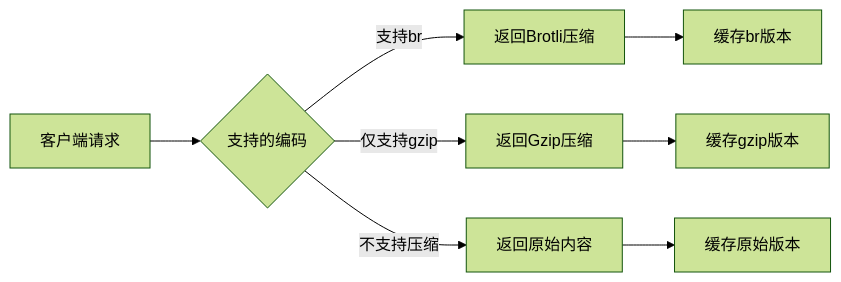
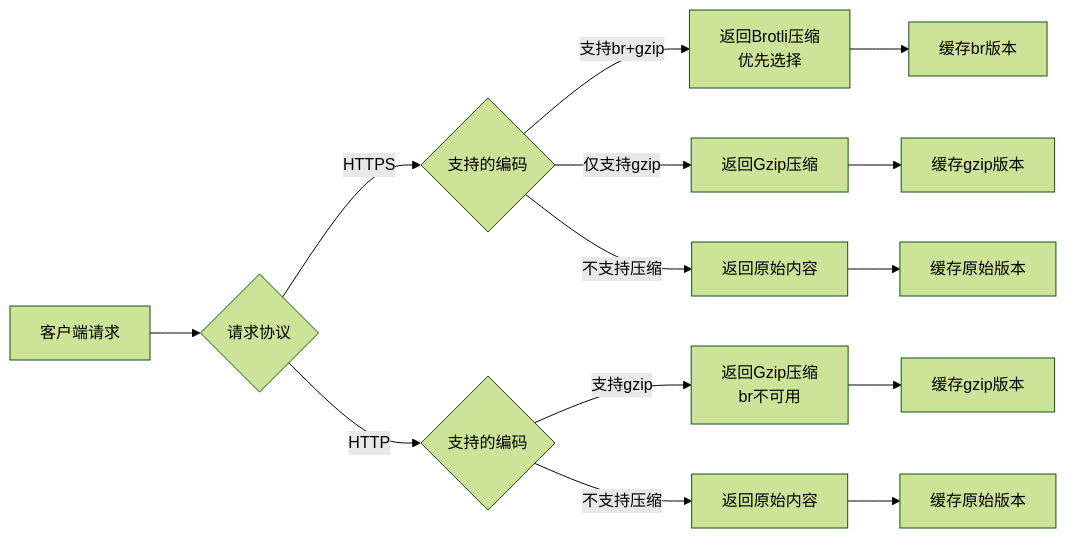
Before and after one commit to ddpie/aws-references: the seventh of 17 diagrams in CloudFront预热方案详解.md, drawn with Mermaid (forest theme). The commit also changed other lines of this file, not shown here.

````diff
--- a/CloudFront预热方案详解.md
+++ b/CloudFront预热方案详解.md
@@ -287,11 +311,19 @@
 ```mermaid
 graph LR
-    Request[客户端请求] --> Check{支持的编码}
-    Check -->|支持br| Brotli[返回Brotli压缩]
-    Check -->|仅支持gzip| Gzip[返回Gzip压缩]
-    Check -->|不支持压缩| Raw[返回原始内容]
+    Request[客户端请求] --> Protocol{请求协议}
+    Protocol -->|HTTPS| HTTPSCheck{支持的编码}
+    Protocol -->|HTTP| HTTPCheck{支持的编码}
+    
+    HTTPSCheck -->|支持br+gzip| Brotli[返回Brotli压缩<br/>优先选择]
+    HTTPSCheck -->|仅支持gzip| Gzip1[返回Gzip压缩]
+    HTTPSCheck -->|不支持压缩| Raw1[返回原始内容]
+    
+    HTTPCheck -->|支持gzip| Gzip2[返回Gzip压缩<br/>br不可用]
+    HTTPCheck -->|不支持压缩| Raw2[返回原始内容]
     
     Brotli --> Cache1[缓存br版本]
-    Gzip --> Cache2[缓存gzip版本]
-    Raw --> Cache3[缓存原始版本]
+    Gzip1 --> Cache2[缓存gzip版本]
+    Gzip2 --> Cache3[缓存gzip版本]
+    Raw1 --> Cache4[缓存原始版本]
+    Raw2 --> Cache5[缓存原始版本]
 ```
````
